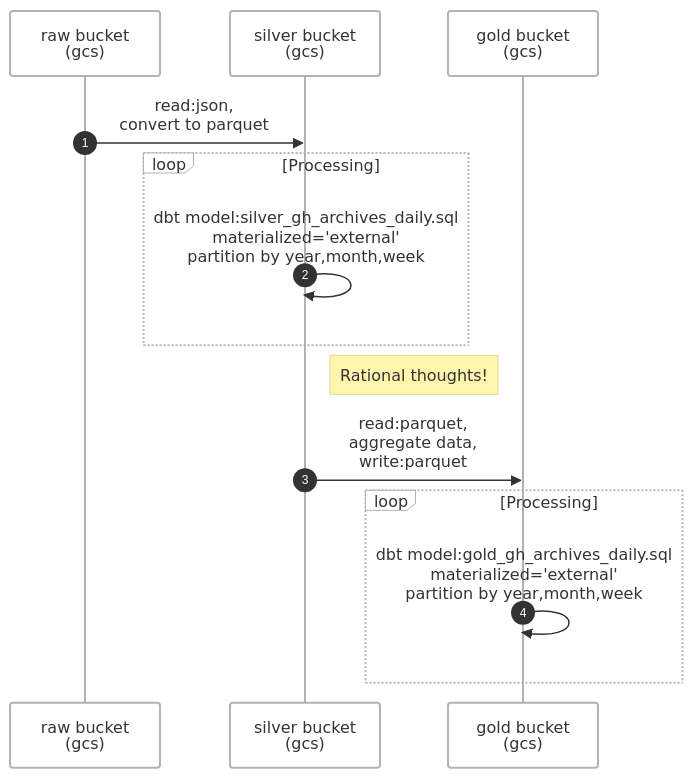
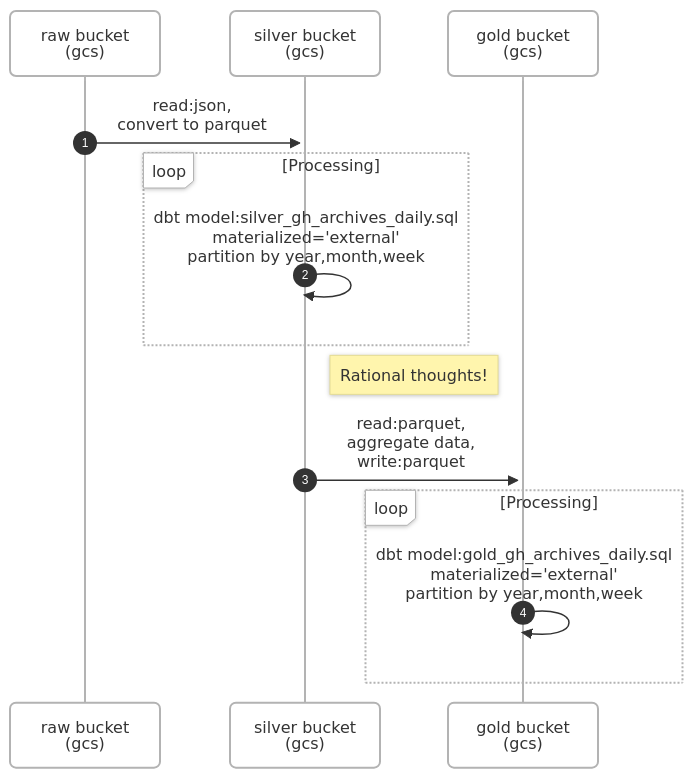
Before and after one commit to srikanthkote/trade_dbt_project: the second of 2 diagrams in README.md, drawn with Mermaid. The commit also changed other lines of this file, not shown here.

````diff
--- a/README.md
+++ b/README.md
@@ -17,22 +26,22 @@
 ```mermaid
 ---
 config:
   theme: neo
-  look: handDrawn
+  look: neo
 ---
 sequenceDiagram
   participant Alice as raw bucket<br>(gcs)
   participant John as silver bucket<br>(gcs)
   participant Bob as gold bucket<br>(gcs)
 
   autonumber
   Alice ->> John: read:json, <br>convert to parquet
   loop Processing
     John ->> John: dbt model:silver_gh_archives_daily.sql <br> materialized='external' <br> partition by year,month,week
   end
   Note right of John: Rational thoughts!
   John ->> Bob: read:parquet, <br>aggregate data, <br>write:parquet
   loop Processing
     Bob ->> Bob: dbt model:gold_gh_archives_daily.sql <br>materialized='external' <br> partition by year,month,week
   end  
 ```
````
